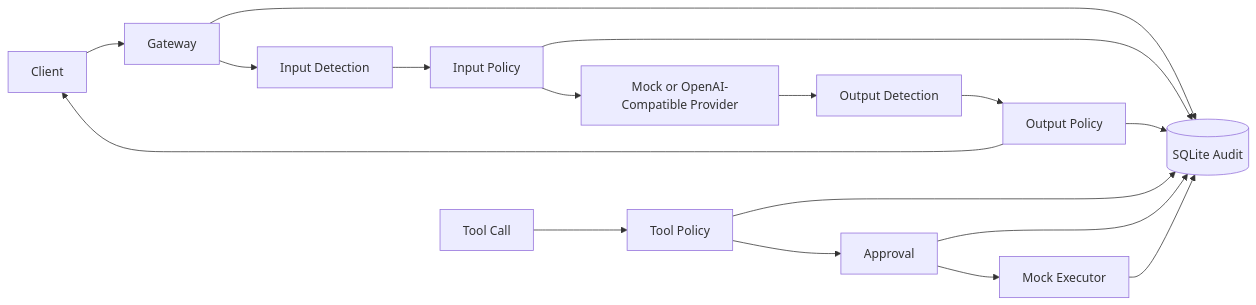
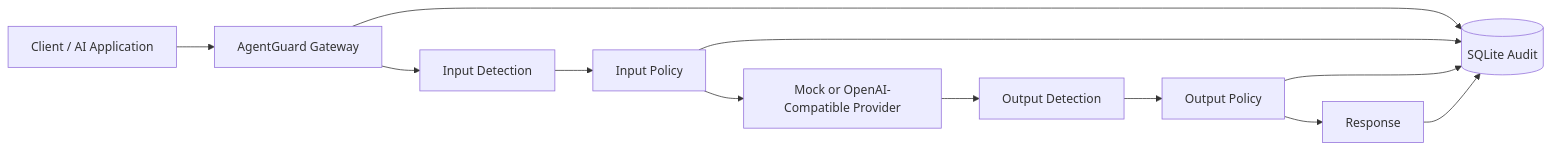
The diagram in README_EN.md (Bitesdust-3/agentguard), drawn with Mermaid before and after one commit. The commit also changed other lines of this file and 32 other files, not shown here.

````diff
--- a/README_EN.md
+++ b/README_EN.md
@@ -29,20 +32,14 @@
 ```mermaid
 flowchart LR
-    Client --> Gateway
+    Client[Client / AI Application] --> Gateway[AgentGuard Gateway]
     Gateway --> InputGuard[Input Detection]
     InputGuard --> InputPolicy[Input Policy]
     InputPolicy --> Provider[Mock or OpenAI-Compatible Provider]
     Provider --> OutputGuard[Output Detection]
     OutputGuard --> OutputPolicy[Output Policy]
-    OutputPolicy --> Client
+    OutputPolicy --> Response[Response]
     Gateway --> Audit[(SQLite Audit)]
     InputPolicy --> Audit
     OutputPolicy --> Audit
-
-    ToolCall[Tool Call] --> ToolPolicy[Tool Policy]
-    ToolPolicy --> Approval
-    Approval --> MockExecutor[Mock Executor]
-    ToolPolicy --> Audit
-    Approval --> Audit
-    MockExecutor --> Audit
+    Response --> Audit
 ```
````
